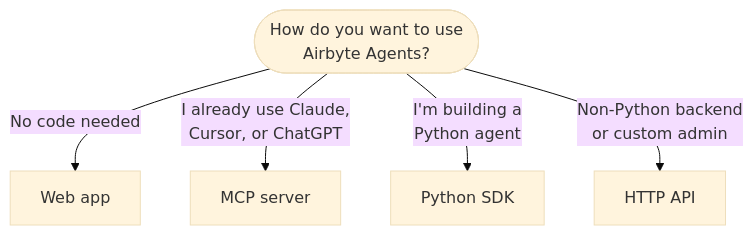
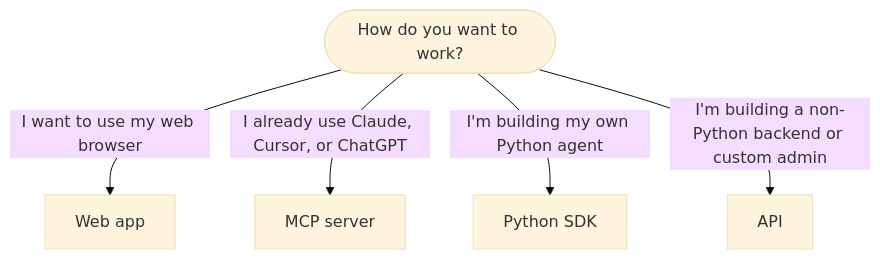
One commit to airbytehq/airbyte changed the diagram in docs/ai-agents/get-started/choose-how-to-use.md. Above: the diagram before and after it, drawn with Mermaid (base theme). The commit also changed other lines of this file, not shown here.

Commit message:
Edits for How to Use Airbyte Agents

````diff
--- a/docs/ai-agents/get-started/choose-how-to-use.md
+++ b/docs/ai-agents/get-started/choose-how-to-use.md
@@ -12,13 +10,13 @@
 ```mermaid
 flowchart TD
-    START(["How do you want to use<br/>Airbyte Agents?"])
-    START -->|"No code needed"| WEB["Web app"]
-    START -->|"I already use Claude,<br/>Cursor, or ChatGPT"| MCP["MCP server"]
-    START -->|"I'm building a<br/>Python agent"| SDK["Python SDK"]
-    START -->|"Non-Python backend<br/>or custom admin"| API["HTTP API"]
+    START(["How do you want to work?"])
+    START -->|"I want to use my web browser"| WEB["Web app"]
+    START -->|"I already use Claude, Cursor, or ChatGPT"| MCP["MCP server"]
+    START -->|"I'm building my own Python agent"| SDK["Python SDK"]
+    START -->|"I'm building a non-Python backend or custom admin"| API["API"]
 
     click WEB "#web-app"
     click MCP "#mcp-server"
     click SDK "#python-sdk"
     click API "#http-api"
 ```
````
